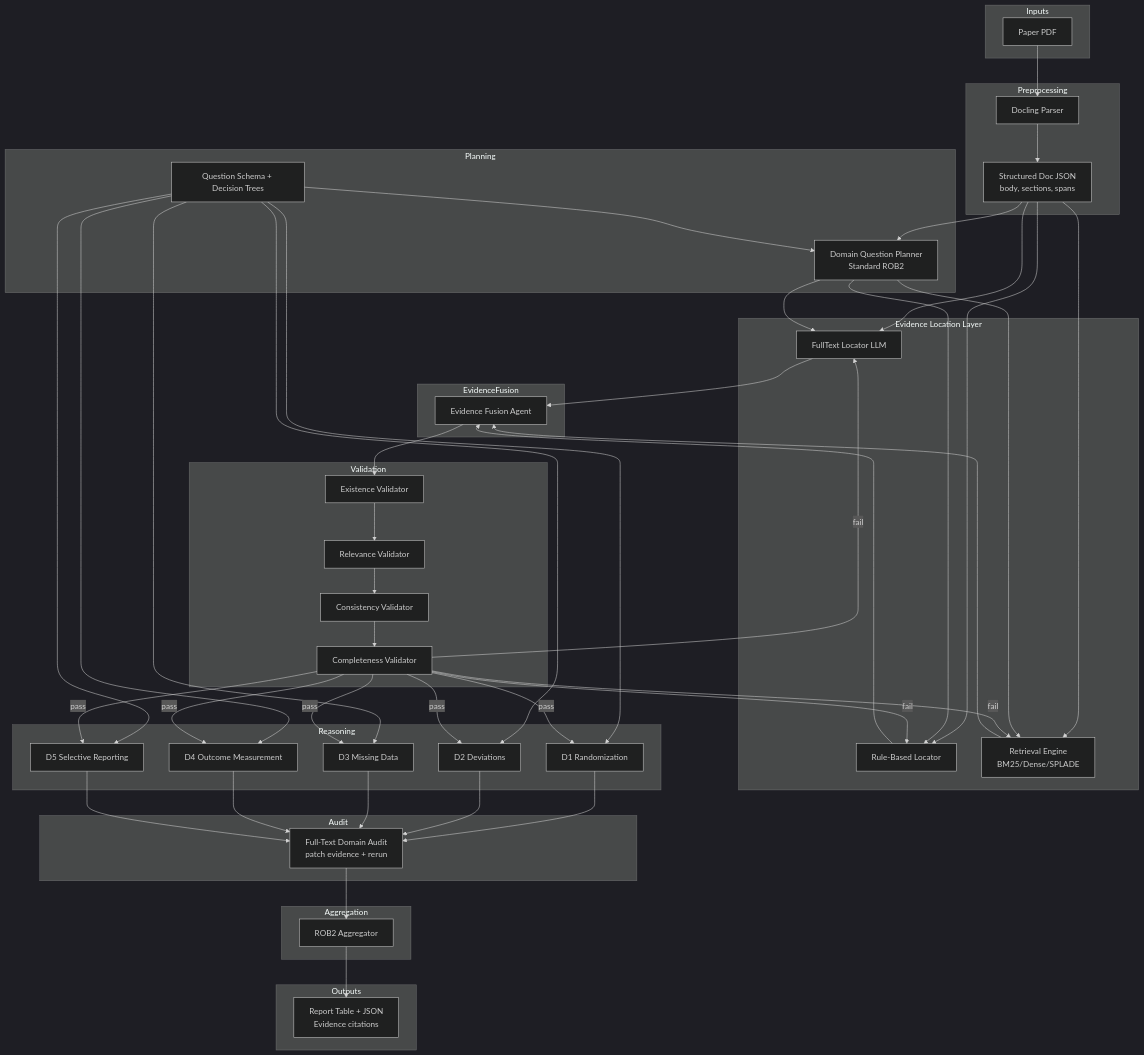
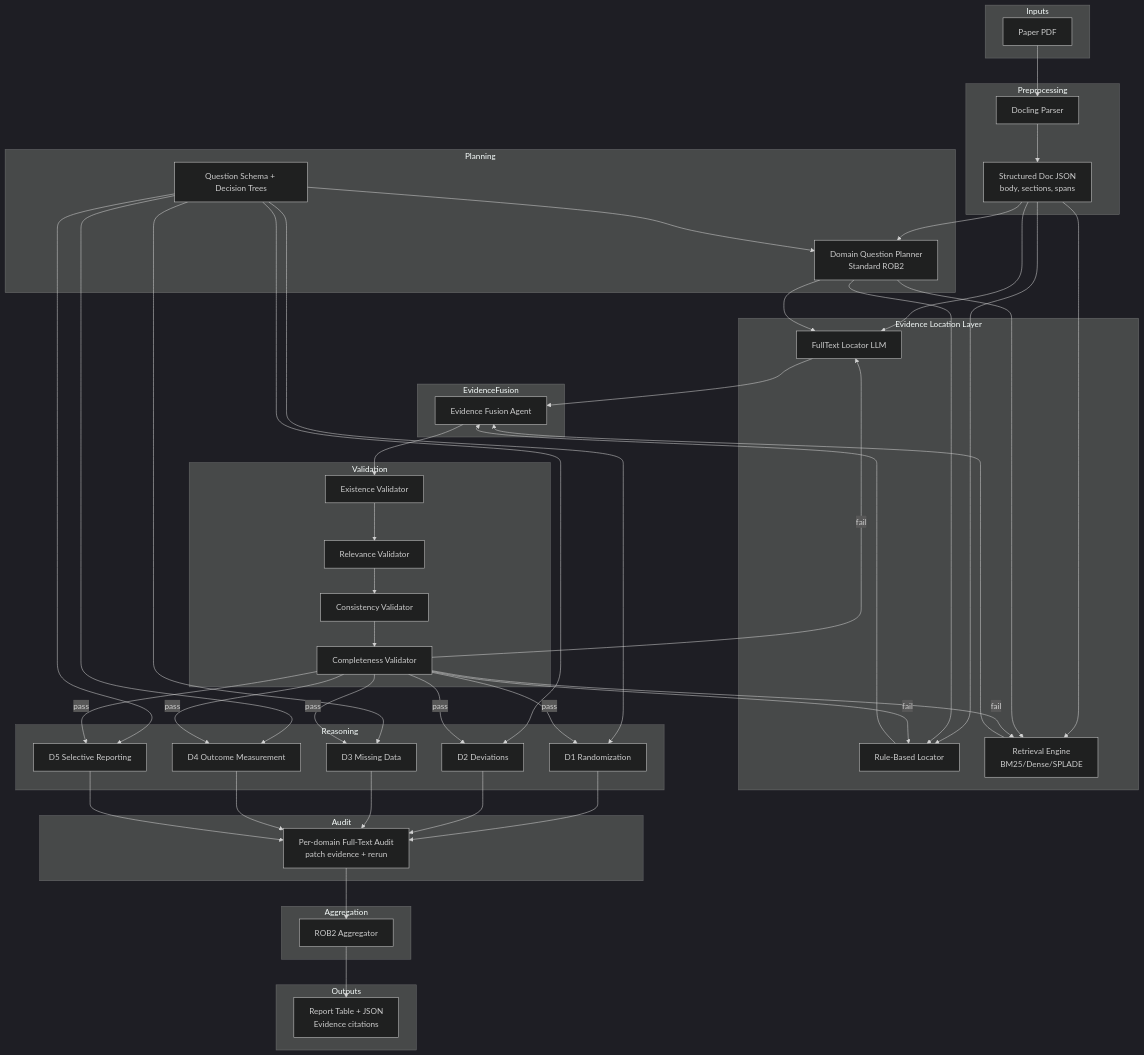
Before and after one commit to Younthing/eagent: the diagram in docs/architecture.md, drawn with Mermaid (dark theme). The commit also changed 12 other files, not shown here.

```diff
--- a/docs/architecture.md
+++ b/docs/architecture.md
@@ -45,7 +45,7 @@
   end
 
   subgraph Audit
-    K[Full-Text Domain Audit<br/>patch evidence + rerun]
+    K[Per-domain Full-Text Audit<br/>patch evidence + rerun]
   end
 
   subgraph Aggregation
```
